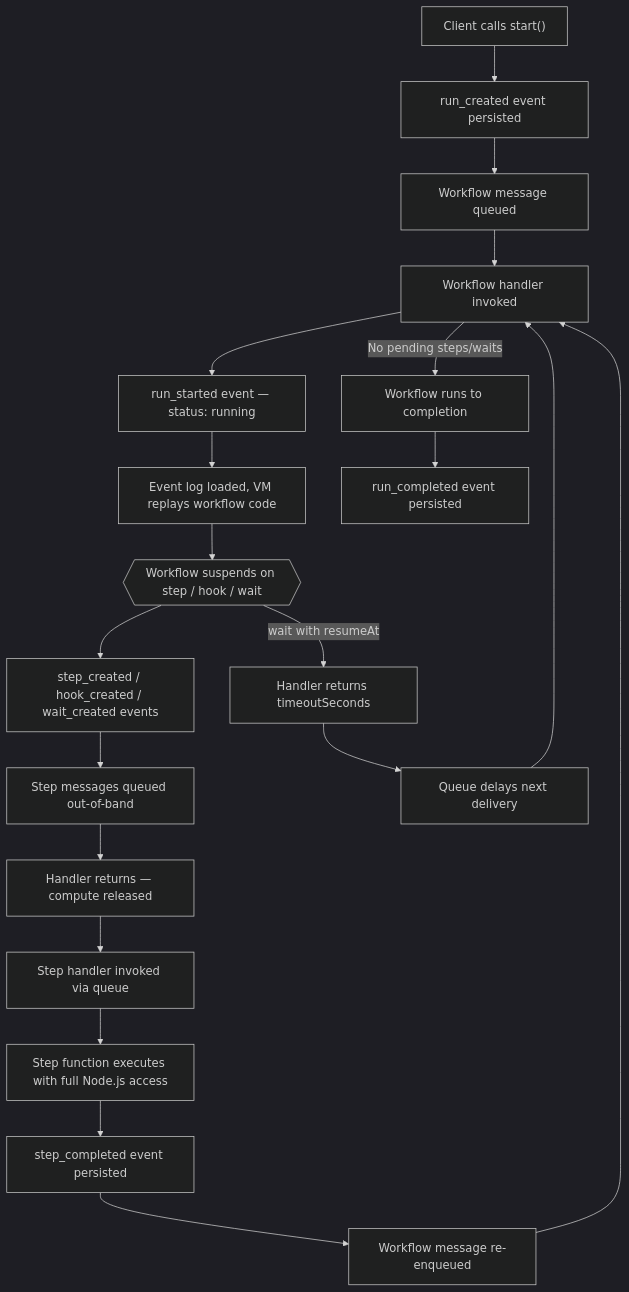
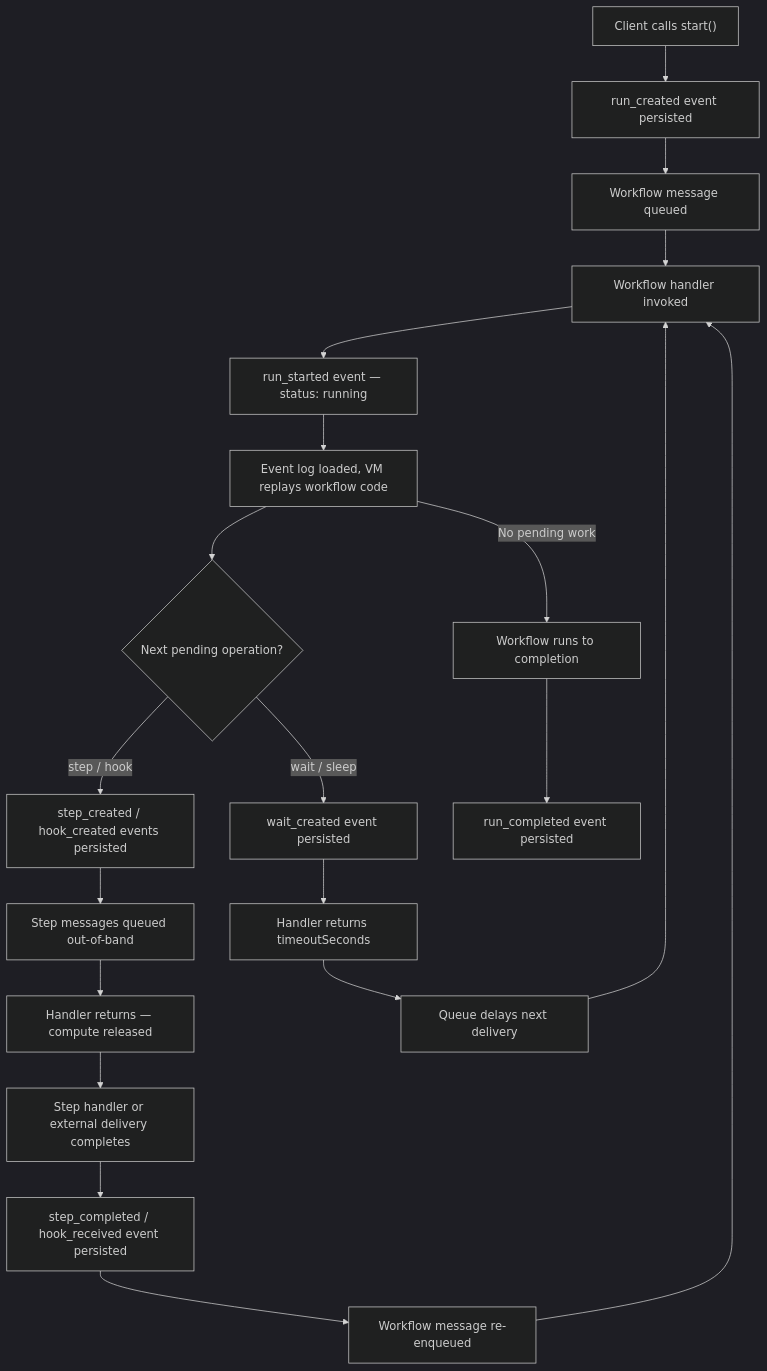
The diagram in docs/content/deep-dives/cost-model-fluid-compute-reference.mdx (yikZero/workflow), drawn with Mermaid (dark theme) before and after one commit. The commit also changed other lines of this file and 3 other files, not shown here.

````diff
--- a/docs/content/deep-dives/cost-model-fluid-compute-reference.mdx
+++ b/docs/content/deep-dives/cost-model-fluid-compute-reference.mdx
@@ -33,22 +35,22 @@
 ```mermaid
 flowchart TD
     A["Client calls start()"] --> B["run_created event persisted"]
     B --> C["Workflow message queued"]
     C --> D["Workflow handler invoked"]
     D --> E["run_started event — status: running"]
     E --> F["Event log loaded, VM replays workflow code"]
-    F --> G{{"Workflow suspends on step / hook / wait"}}
-    G --> H["step_created / hook_created / wait_created events"]
+    F --> G{"Next pending operation?"}
+    G -->|"step / hook"| H["step_created / hook_created events persisted"]
     H --> I["Step messages queued out-of-band"]
     I --> J["Handler returns — compute released"]
-    J --> K["Step handler invoked via queue"]
-    K --> L["Step function executes with full Node.js access"]
-    L --> M["step_completed event persisted"]
-    M --> N["Workflow message re-enqueued"]
-    N --> D
-    G -->|"wait with resumeAt"| O["Handler returns timeoutSeconds"]
+    J --> K["Step handler or external delivery completes"]
+    K --> L["step_completed / hook_received event persisted"]
+    L --> M["Workflow message re-enqueued"]
+    M --> D
+    G -->|"wait / sleep"| N["wait_created event persisted"]
+    N --> O["Handler returns timeoutSeconds"]
     O --> P["Queue delays next delivery"]
     P --> D
-    D -->|"No pending steps/waits"| Q["Workflow runs to completion"]
+    F -->|"No pending work"| Q["Workflow runs to completion"]
     Q --> R["run_completed event persisted"]
 ```
````
